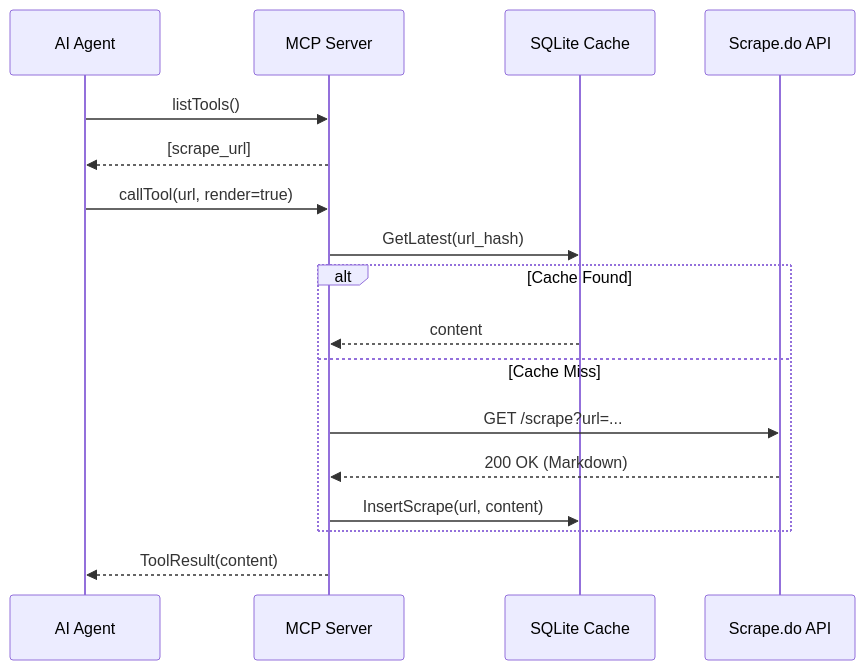
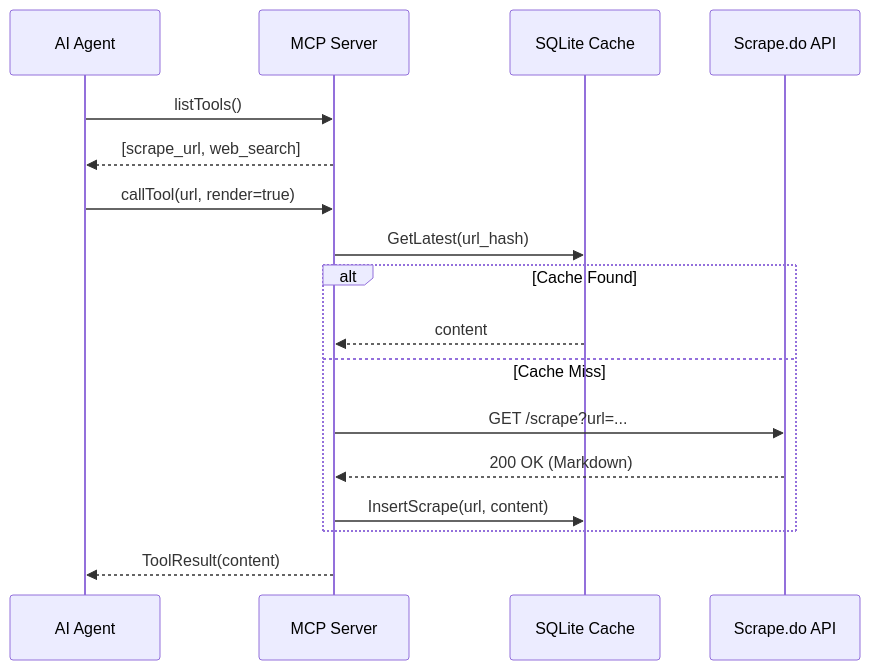
One commit to ioplane/scrapedoctl changed the second of 3 diagrams in docs/en/04-architecture.md. Above: the diagram before and after it, drawn with Mermaid. The commit also changed other lines of this file and 14 other files, not shown here.

````diff
--- a/docs/en/04-architecture.md
+++ b/docs/en/04-architecture.md
@@ -26,20 +37,20 @@
 ```mermaid
 sequenceDiagram
     participant Agent as AI Agent
     participant Server as MCP Server
     participant DB as SQLite Cache
     participant API as Scrape.do API
 
     Agent->>Server: listTools()
-    Server-->>Agent: [scrape_url]
+    Server-->>Agent: [scrape_url, web_search]
     Agent->>Server: callTool(url, render=true)
     Server->>DB: GetLatest(url_hash)
     alt Cache Found
         DB-->>Server: content
     else Cache Miss
         Server->>API: GET /scrape?url=...
         API-->>Server: 200 OK (Markdown)
         Server->>DB: InsertScrape(url, content)
     end
     Server-->>Agent: ToolResult(content)
 ```
````
